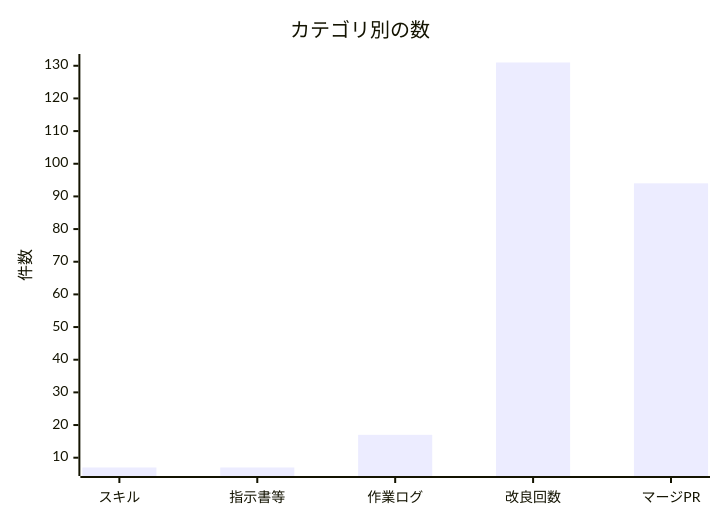
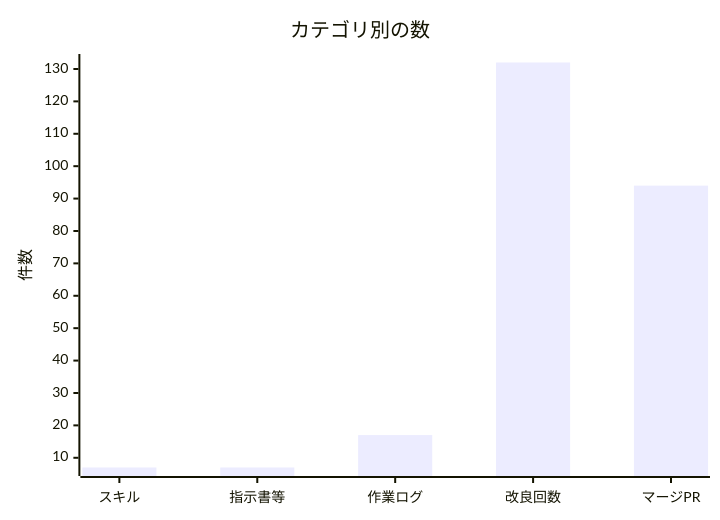
Before and after one commit to non-x2/non-x2: the second of 2 diagrams in docs/進化レポート.md, drawn with Mermaid. The commit also changed other lines of this file and 1 other file, not shown here.

````diff
--- a/docs/進化レポート.md
+++ b/docs/進化レポート.md
@@ -35,7 +35,7 @@
 ```mermaid
 xychart-beta
     title "カテゴリ別の数"
     x-axis ["スキル", "指示書等", "作業ログ", "改良回数", "マージPR"]
     y-axis "件数"
-    bar [7, 7, 17, 131, 94]
+    bar [7, 7, 17, 132, 94]
 ```
````
